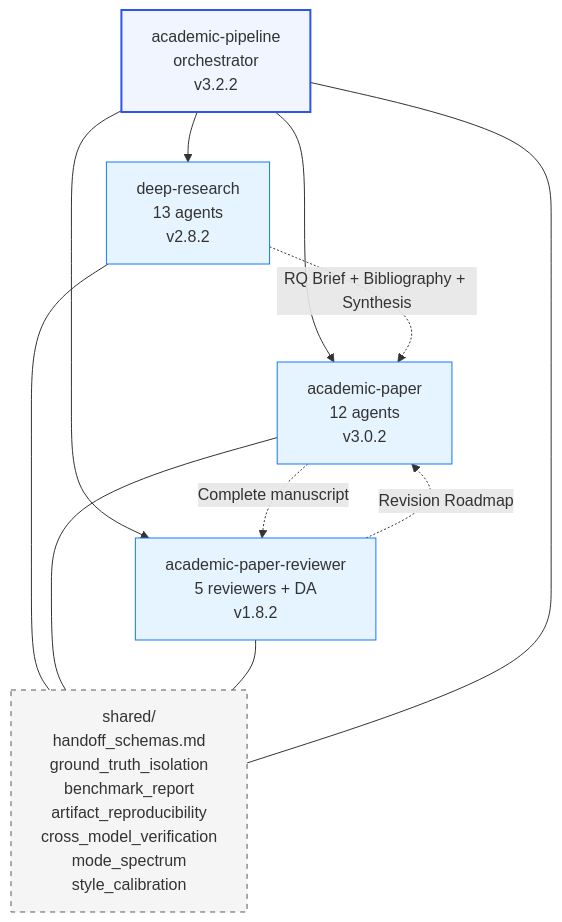
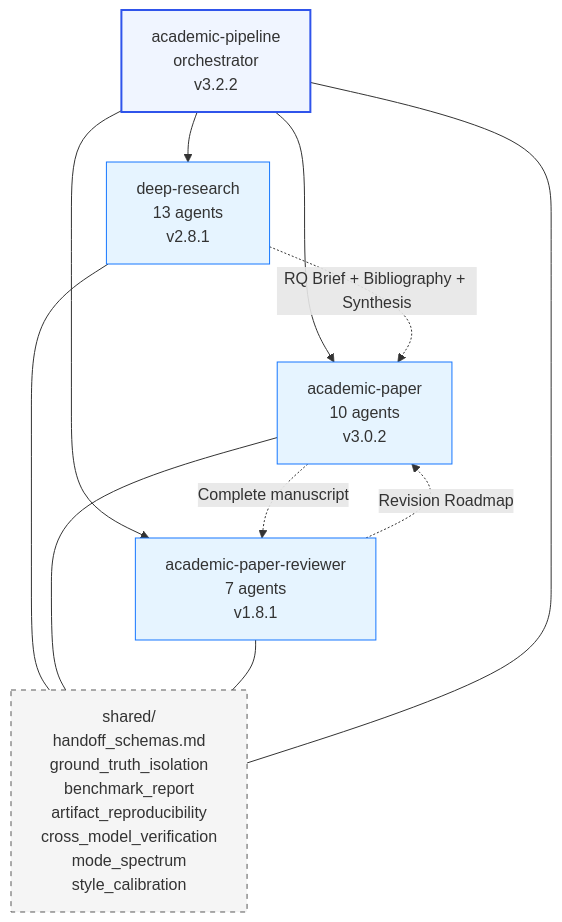
Before and after one commit to Masqiller/ARG-RESEARCHER-V4.1: the third of 4 diagrams in docs/ARCHITECTURE.md, drawn with Mermaid. The commit also changed other lines of this file, not shown here.

First line of the commit message:
docs(architecture): correct versions, highlight human gates, reorder sections

````diff
--- a/docs/ARCHITECTURE.md
+++ b/docs/ARCHITECTURE.md
@@ -96,26 +126,26 @@
 ```mermaid
 graph TD
     Pipeline[academic-pipeline<br/>orchestrator<br/>v3.2.2]
-    DR[deep-research<br/>13 agents<br/>v2.8.2]
-    AP[academic-paper<br/>12 agents<br/>v3.0.2]
-    APR[academic-paper-reviewer<br/>5 reviewers + DA<br/>v1.8.2]
+    DR[deep-research<br/>13 agents<br/>v2.8.1]
+    AP[academic-paper<br/>10 agents<br/>v3.0.2]
+    APR[academic-paper-reviewer<br/>7 agents<br/>v1.8.1]
     Shared[shared/<br/>handoff_schemas.md<br/>ground_truth_isolation<br/>benchmark_report<br/>artifact_reproducibility<br/>cross_model_verification<br/>mode_spectrum<br/>style_calibration]
 
     Pipeline --> DR
     Pipeline --> AP
     Pipeline --> APR
     DR -. "RQ Brief + Bibliography + Synthesis" .-> AP
     AP -. "Complete manuscript" .-> APR
     APR -. "Revision Roadmap" .-> AP
     DR --- Shared
     AP --- Shared
     APR --- Shared
     Pipeline --- Shared
 
     classDef orch fill:#f0f5ff,stroke:#2f54eb,stroke-width:2px
     classDef skill fill:#e6f4ff,stroke:#1677ff
     classDef shared fill:#f5f5f5,stroke:#595959,stroke-dasharray:5 5
     class Pipeline orch
     class DR,AP,APR skill
     class Shared shared
 ```
````
